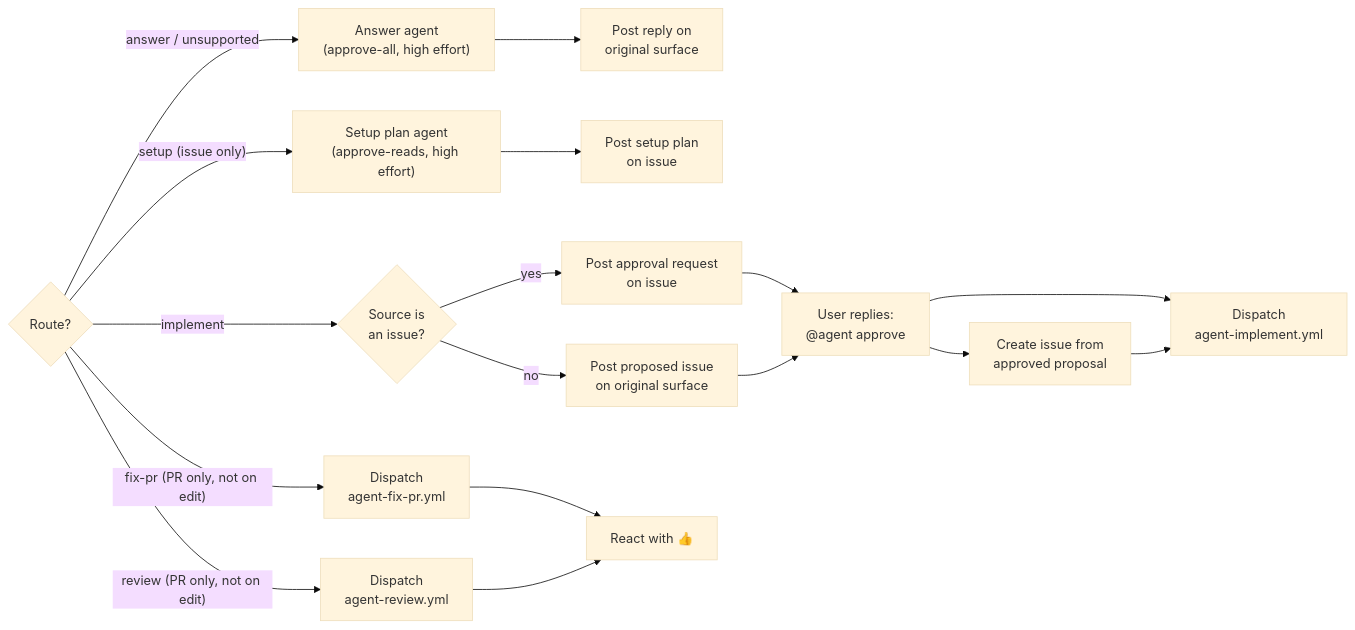
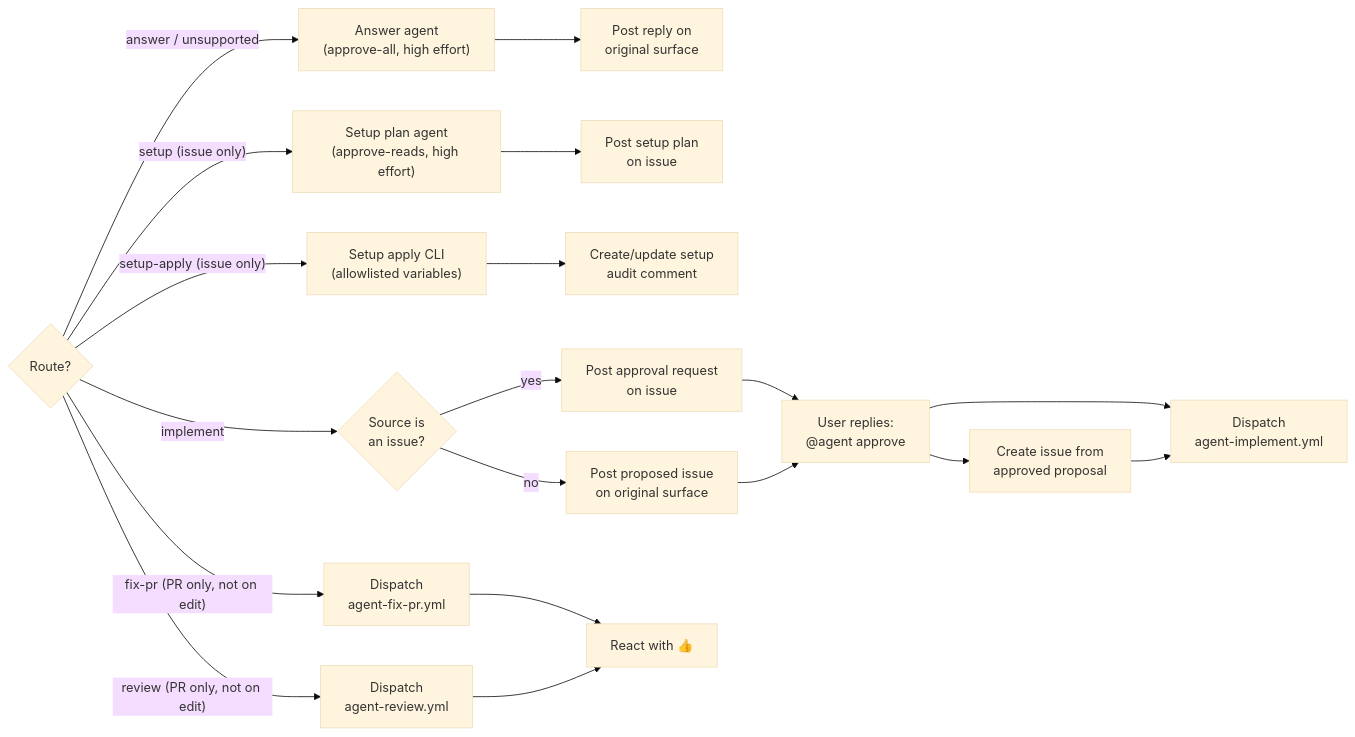
One commit to self-evolving/repo changed the second of 2 diagrams in .agent/docs/architecture/overall-design.md. Above: the diagram before and after it, drawn with Mermaid (base theme). The commit also changed other lines of this file and 30 other files, not shown here.

Commit message:
Add deterministic setup apply route

````diff
--- a/.agent/docs/architecture/overall-design.md
+++ b/.agent/docs/architecture/overall-design.md
@@ -42,27 +42,30 @@
 ```mermaid
 flowchart LR
     route{Route?}
 
     answer_run["Answer agent\n(approve-all, high effort)"]
     post_answer["Post reply on\noriginal surface"]
     setup_run["Setup plan agent\n(approve-reads, high effort)"]
     post_setup["Post setup plan\non issue"]
+    setup_apply["Setup apply CLI\n(allowlisted variables)"]
+    post_setup_apply["Create/update setup\naudit comment"]
 
     is_issue{Source is\nan issue?}
     post_approval_issue["Post approval request\non issue"]
     post_proposal["Post proposed issue\non original surface"]
     approve["User replies:\n@agent approve"]
     create_issue["Create issue from\napproved proposal"]
     dispatch_impl["Dispatch\nagent-implement.yml"]
     dispatch_fix["Dispatch\nagent-fix-pr.yml"]
     dispatch_review["Dispatch\nagent-review.yml"]
     react_thumbs["React with 👍"]
 
     route -- "answer / unsupported" --> answer_run --> post_answer
     route -- "setup (issue only)" --> setup_run --> post_setup
+    route -- "setup-apply (issue only)" --> setup_apply --> post_setup_apply
     route -- "implement" --> is_issue
     is_issue -- yes --> post_approval_issue --> approve --> dispatch_impl
     is_issue -- no --> post_proposal --> approve --> create_issue --> dispatch_impl
     route -- "fix-pr (PR only, not on edit)" --> dispatch_fix --> react_thumbs
     route -- "review (PR only, not on edit)" --> dispatch_review --> react_thumbs
 ```
````
